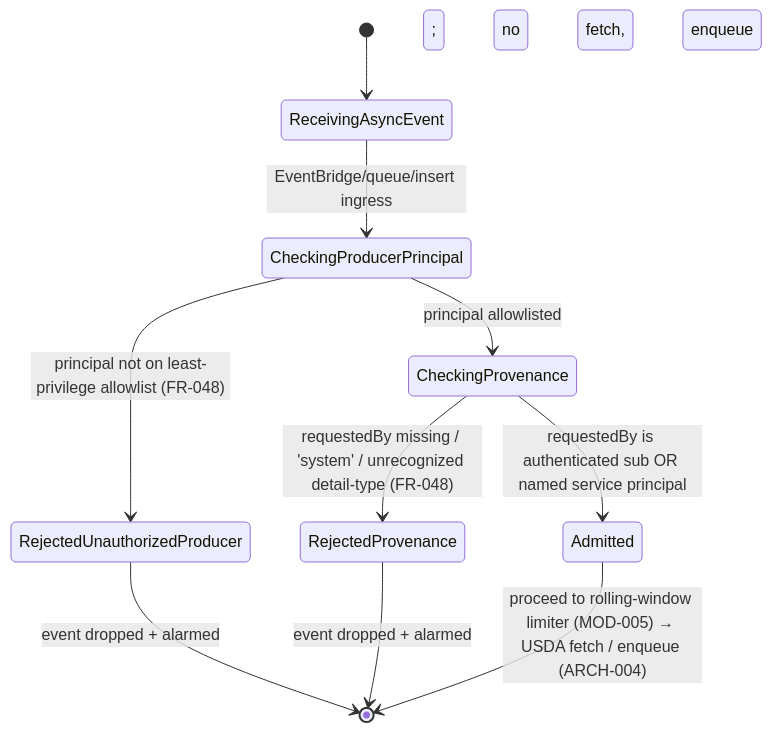
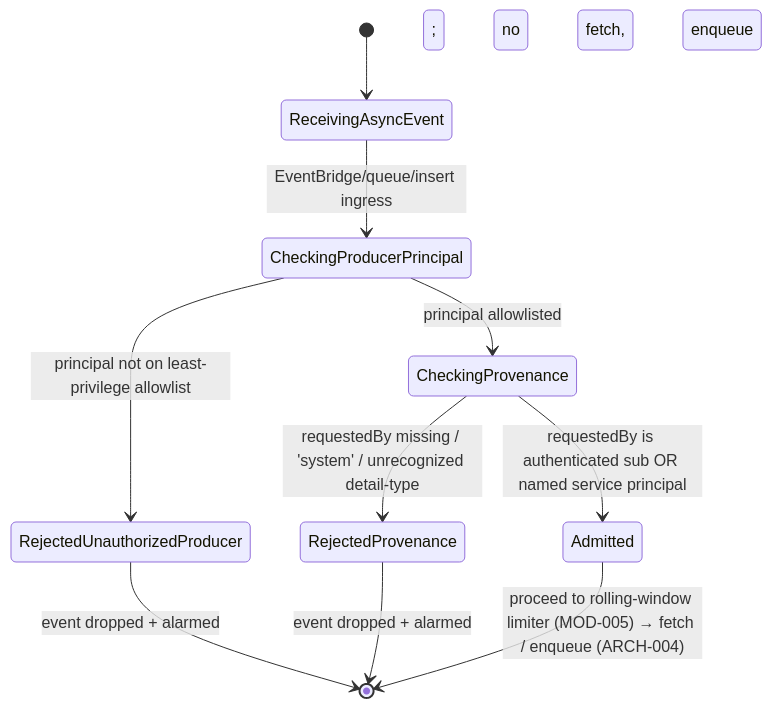
The eighth of 10 diagrams in specs/003-usda-food-data/v-model/module-design.md (radicle-co/KitchenSink), drawn with Mermaid before and after one commit. The commit also changed other lines of this file and 202 other files, not shown here.

````diff
--- a/specs/003-usda-food-data/v-model/module-design.md
+++ b/specs/003-usda-food-data/v-model/module-design.md
@@ -1449,12 +1658,12 @@
 ```mermaid
 stateDiagram-v2
   [*] --> ReceivingAsyncEvent
   ReceivingAsyncEvent --> CheckingProducerPrincipal : EventBridge/queue/insert ingress
-  CheckingProducerPrincipal --> RejectedUnauthorizedProducer : principal not on least-privilege allowlist (FR-048)
+  CheckingProducerPrincipal --> RejectedUnauthorizedProducer : principal not on least-privilege allowlist
   CheckingProducerPrincipal --> CheckingProvenance : principal allowlisted
-  CheckingProvenance --> RejectedProvenance : requestedBy missing / 'system' / unrecognized detail-type (FR-048)
+  CheckingProvenance --> RejectedProvenance : requestedBy missing / 'system' / unrecognized detail-type
   CheckingProvenance --> Admitted : requestedBy is authenticated sub OR named service principal
-  Admitted --> [*] : proceed to rolling-window limiter (MOD-005) → USDA fetch / enqueue (ARCH-004)
+  Admitted --> [*] : proceed to rolling-window limiter (MOD-005) → fetch / enqueue (ARCH-004)
   RejectedUnauthorizedProducer --> [*] : event dropped + alarmed; no fetch, no enqueue
   RejectedProvenance --> [*] : event dropped + alarmed; no fetch, no enqueue
 ```
````
